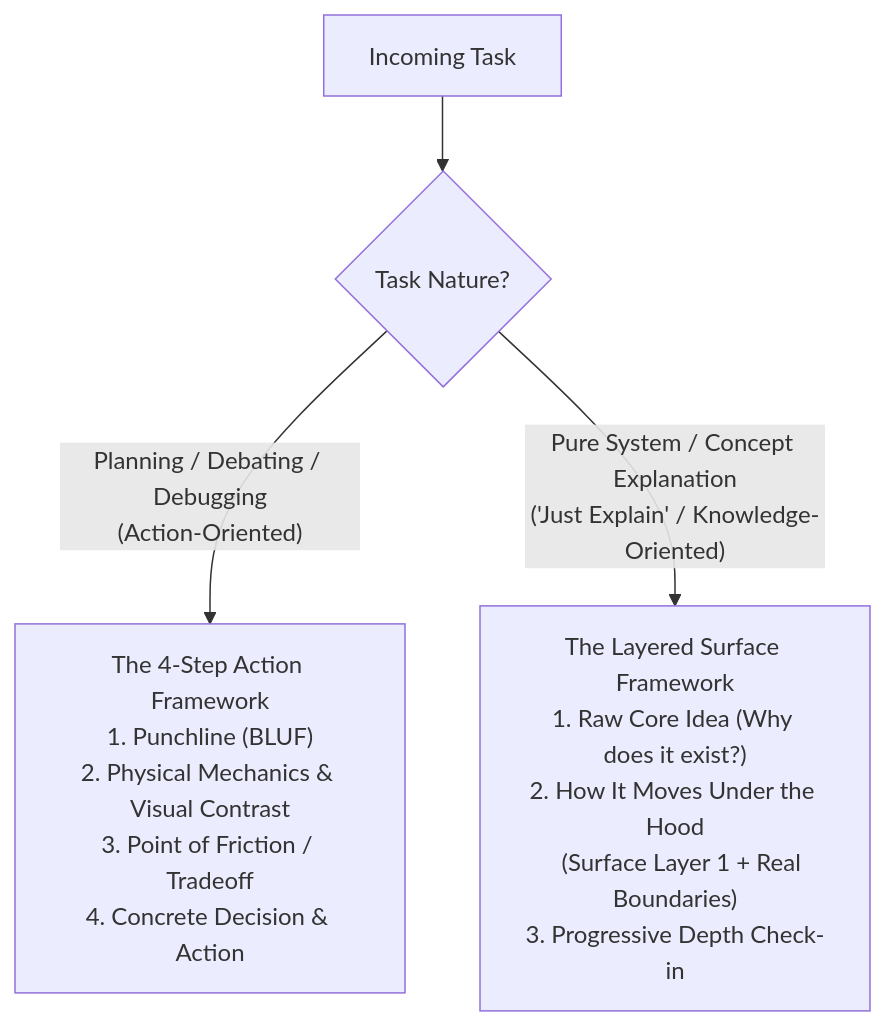
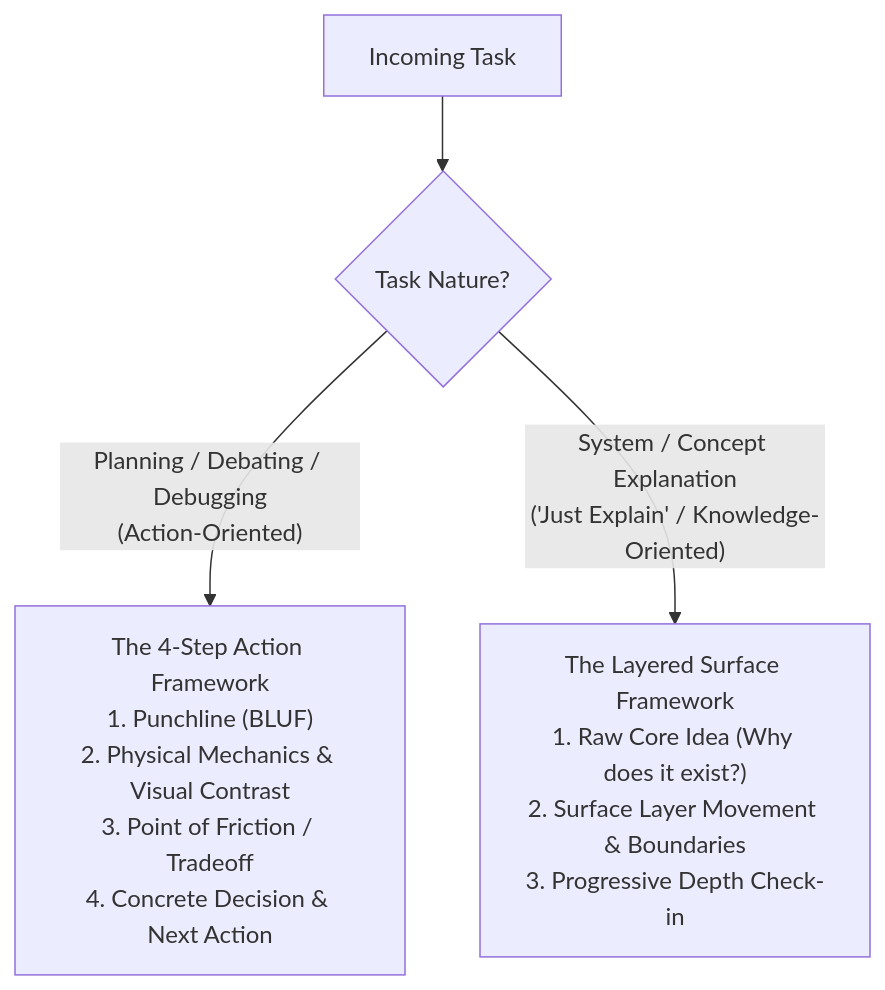
One commit to loerei/myskills changed the diagram in productivity/your-co-engineer-for-this-jet-engine-is-an-infant/SKILL.md. Above: the diagram before and after it, drawn with Mermaid. The commit also changed other lines of this file and 1 other file, not shown here.

````diff
--- a/productivity/your-co-engineer-for-this-jet-engine-is-an-infant/SKILL.md
+++ b/productivity/your-co-engineer-for-this-jet-engine-is-an-infant/SKILL.md
@@ -22,8 +22,8 @@
 ```mermaid
 flowchart TD
     Task["Incoming Task"] --> TaskType{"Task Nature?"}
     
-    TaskType -->|"Planning / Debating / Debugging<br/>(Action-Oriented)"| Framework4["The 4-Step Action Framework<br/>1. Punchline (BLUF)<br/>2. Physical Mechanics & Visual Contrast<br/>3. Point of Friction / Tradeoff<br/>4. Concrete Decision & Action"]
+    TaskType -->|"Planning / Debating / Debugging<br/>(Action-Oriented)"| Framework4["The 4-Step Action Framework<br/>1. Punchline (BLUF)<br/>2. Physical Mechanics & Visual Contrast<br/>3. Point of Friction / Tradeoff<br/>4. Concrete Decision & Next Action"]
     
-    TaskType -->|"Pure System / Concept Explanation<br/>('Just Explain' / Knowledge-Oriented)"| Framework3["The Layered Surface Framework<br/>1. Raw Core Idea (Why does it exist?)<br/>2. How It Moves Under the Hood<br/>   (Surface Layer 1 + Real Boundaries)<br/>3. Progressive Depth Check-in"]
+    TaskType -->|"System / Concept Explanation<br/>('Just Explain' / Knowledge-Oriented)"| Framework3["The Layered Surface Framework<br/>1. Raw Core Idea (Why does it exist?)<br/>2. Surface Layer Movement & Boundaries<br/>3. Progressive Depth Check-in"]
 ```
````
